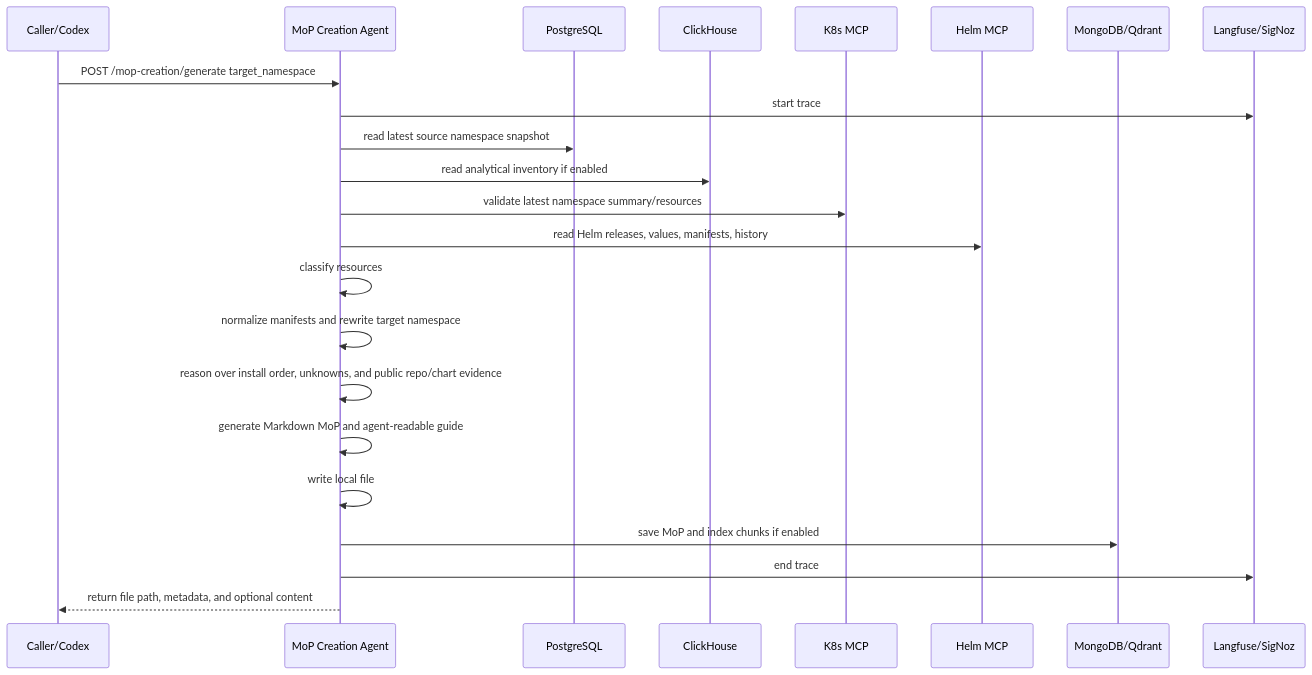
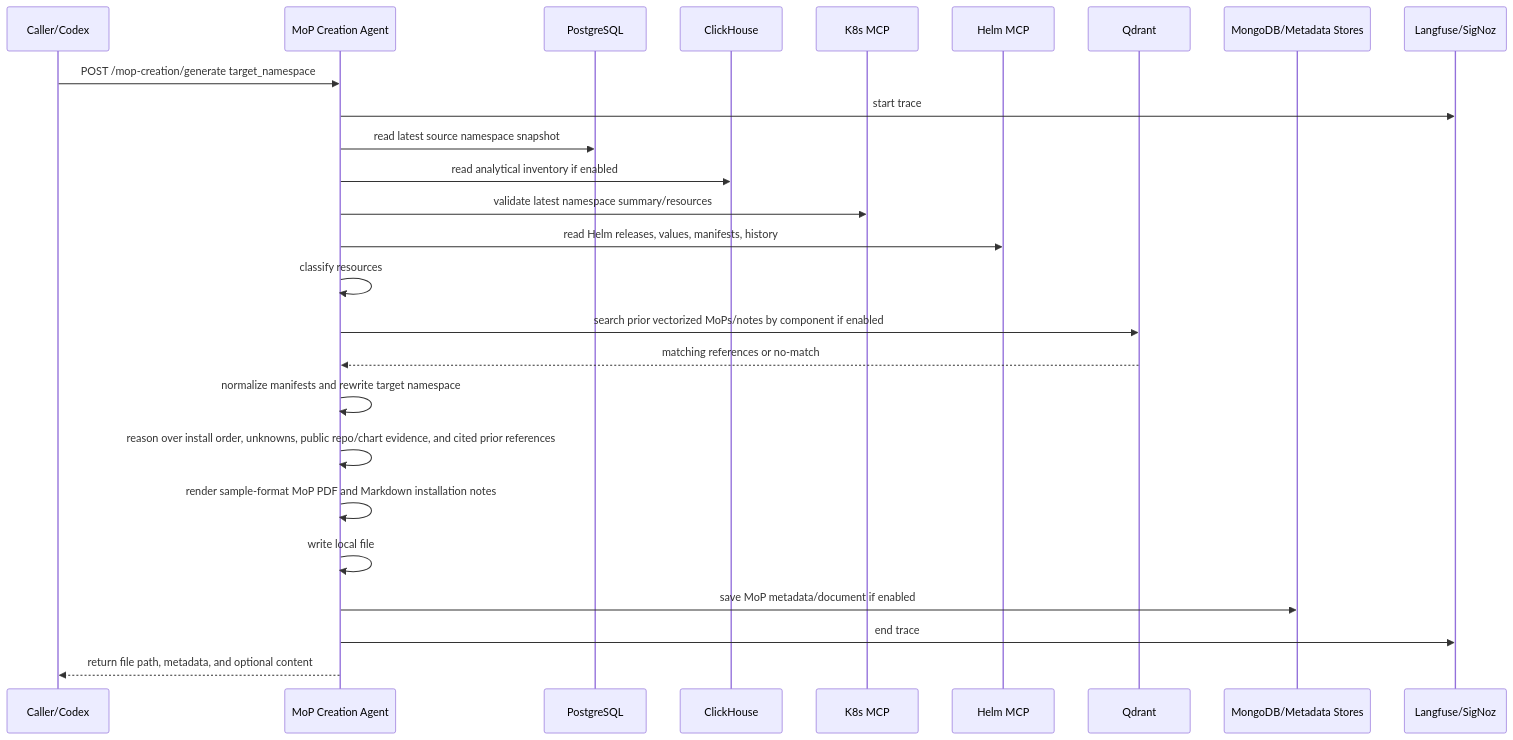
The second of 5 diagrams in docs/02_HLD_MOP_CREATION_AGENT.md (aveeshek/bosgenesis-mop-creation-agent), drawn with Mermaid before and after one commit. The commit also changed other lines of this file and 62 other files, not shown here.

````diff
--- a/docs/02_HLD_MOP_CREATION_AGENT.md
+++ b/docs/02_HLD_MOP_CREATION_AGENT.md
@@ -76,26 +80,29 @@
 ```mermaid
 sequenceDiagram
     participant C as Caller/Codex
     participant A as MoP Creation Agent
     participant PG as PostgreSQL
     participant CH as ClickHouse
     participant K as K8s MCP
     participant H as Helm MCP
-    participant M as MongoDB/Qdrant
+    participant Q as Qdrant
+    participant M as MongoDB/Metadata Stores
     participant O as Langfuse/SigNoz
 
     C->>A: POST /mop-creation/generate target_namespace
     A->>O: start trace
     A->>PG: read latest source namespace snapshot
     A->>CH: read analytical inventory if enabled
     A->>K: validate latest namespace summary/resources
     A->>H: read Helm releases, values, manifests, history
     A->>A: classify resources
+    A->>Q: search prior vectorized MoPs/notes by component if enabled
+    Q-->>A: matching references or no-match
     A->>A: normalize manifests and rewrite target namespace
-    A->>A: reason over install order, unknowns, and public repo/chart evidence
-    A->>A: generate Markdown MoP and agent-readable guide
+    A->>A: reason over install order, unknowns, public repo/chart evidence, and cited prior references
+    A->>A: render sample-format MoP PDF and Markdown installation notes
     A->>A: write local file
-    A->>M: save MoP and index chunks if enabled
+    A->>M: save MoP metadata/document if enabled
     A->>O: end trace
     A-->>C: return file path, metadata, and optional content
 ```
````
